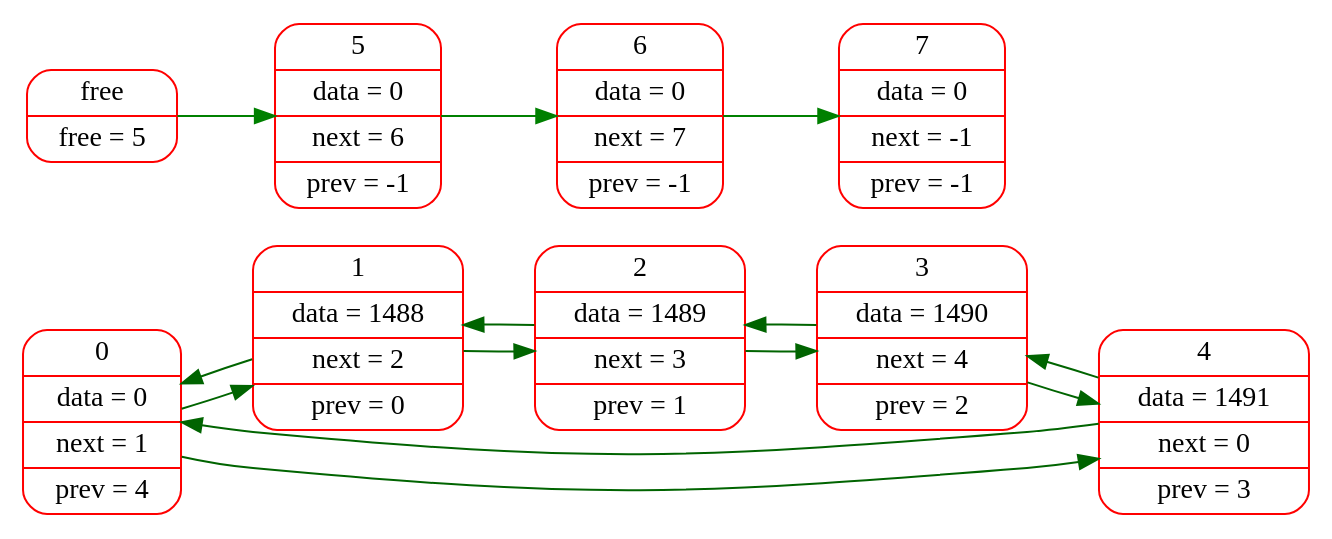
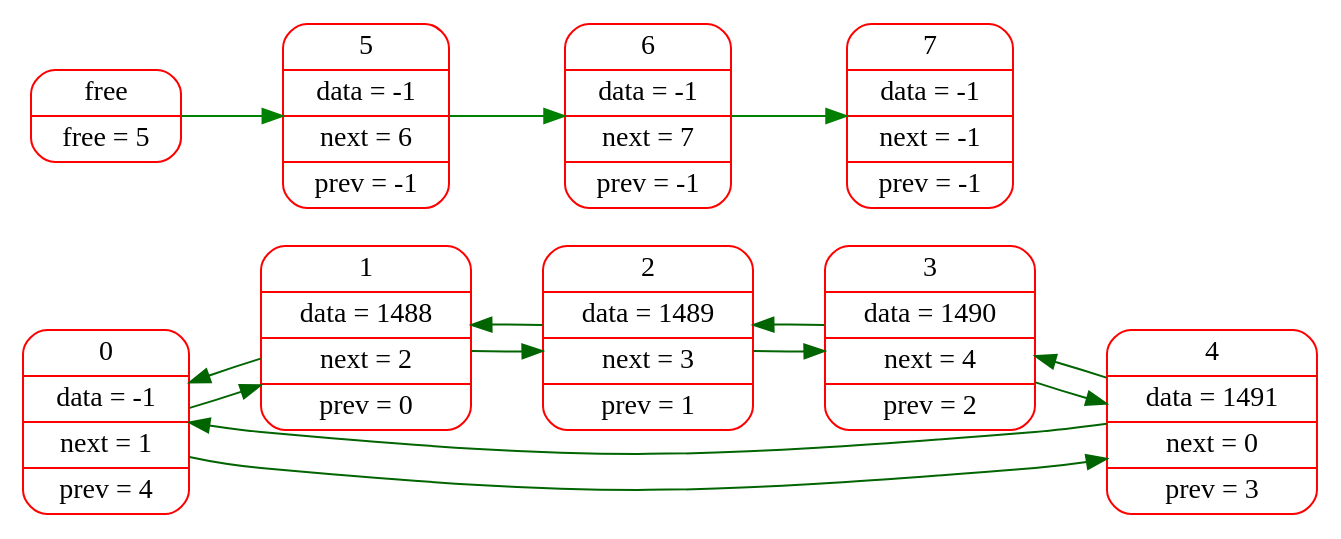
One commit to sevaphasol/list changed the diagram in logs/dot_files/004.dot. Above: the diagram before and after it, drawn with Graphviz. The commit also changed 23 other files, not shown here.

```diff
--- a/logs/dot_files/004.dot
+++ b/logs/dot_files/004.dot
@@ -1,19 +1,19 @@
 digraph G{
 rankdir=LR;
 node[color="red",fontsize=14];
-elem0[shape="Mrecord", label="0 | data = 0 | next = 1 | prev = 4"];
+elem0[shape="Mrecord", label="0 | data = -1 | next = 1 | prev = 4"];
 elem1[shape="Mrecord", label="1 | data = 1488 | next = 2 | prev = 0"];
 elem2[shape="Mrecord", label="2 | data = 1489 | next = 3 | prev = 1"];
 elem3[shape="Mrecord", label="3 | data = 1490 | next = 4 | prev = 2"];
 elem4[shape="Mrecord", label="4 | data = 1491 | next = 0 | prev = 3"];
 edge[color="darkgreen",fontsize=12, penwidth=1];
 elem0->elem1->elem2->elem3->elem4->elem0;
 edge[color="darkgreen",fontsize=12, penwidth=1];
 elem0->elem4->elem3->elem2->elem1->elem0;
 free[shape="Mrecord", label="free | free = 5"];
-free_elem5[shape="Mrecord", label="5 | data = 0 | next = 6 | prev = -1"];
-free_elem6[shape="Mrecord", label="6 | data = 0 | next = 7 | prev = -1"];
-free_elem7[shape="Mrecord", label="7 | data = 0 | next = -1 | prev = -1"];
+free_elem5[shape="Mrecord", label="5 | data = -1 | next = 6 | prev = -1"];
+free_elem6[shape="Mrecord", label="6 | data = -1 | next = 7 | prev = -1"];
+free_elem7[shape="Mrecord", label="7 | data = -1 | next = -1 | prev = -1"];
 edge[color="green",fontsize=12, penwidth=1];
 free->free_elem5->free_elem6->free_elem7;
 }
```
